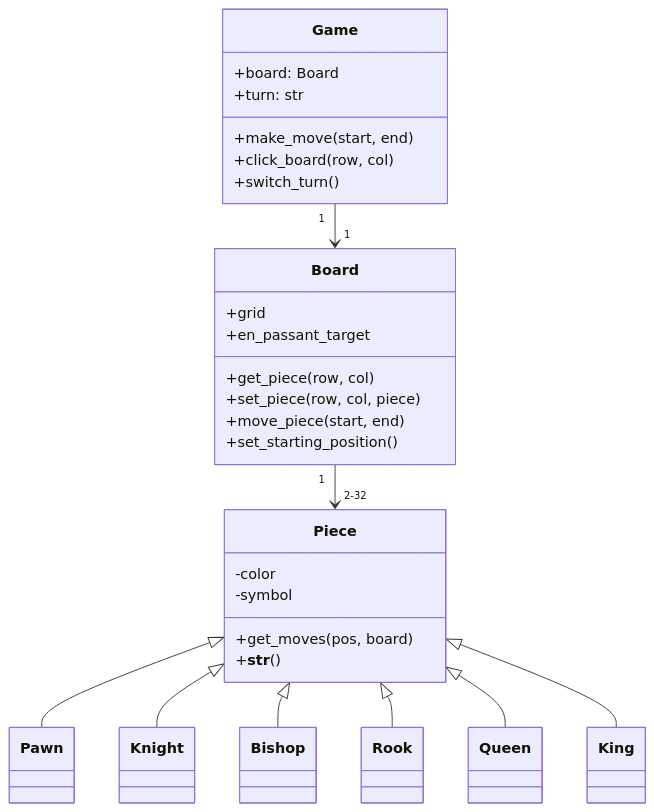
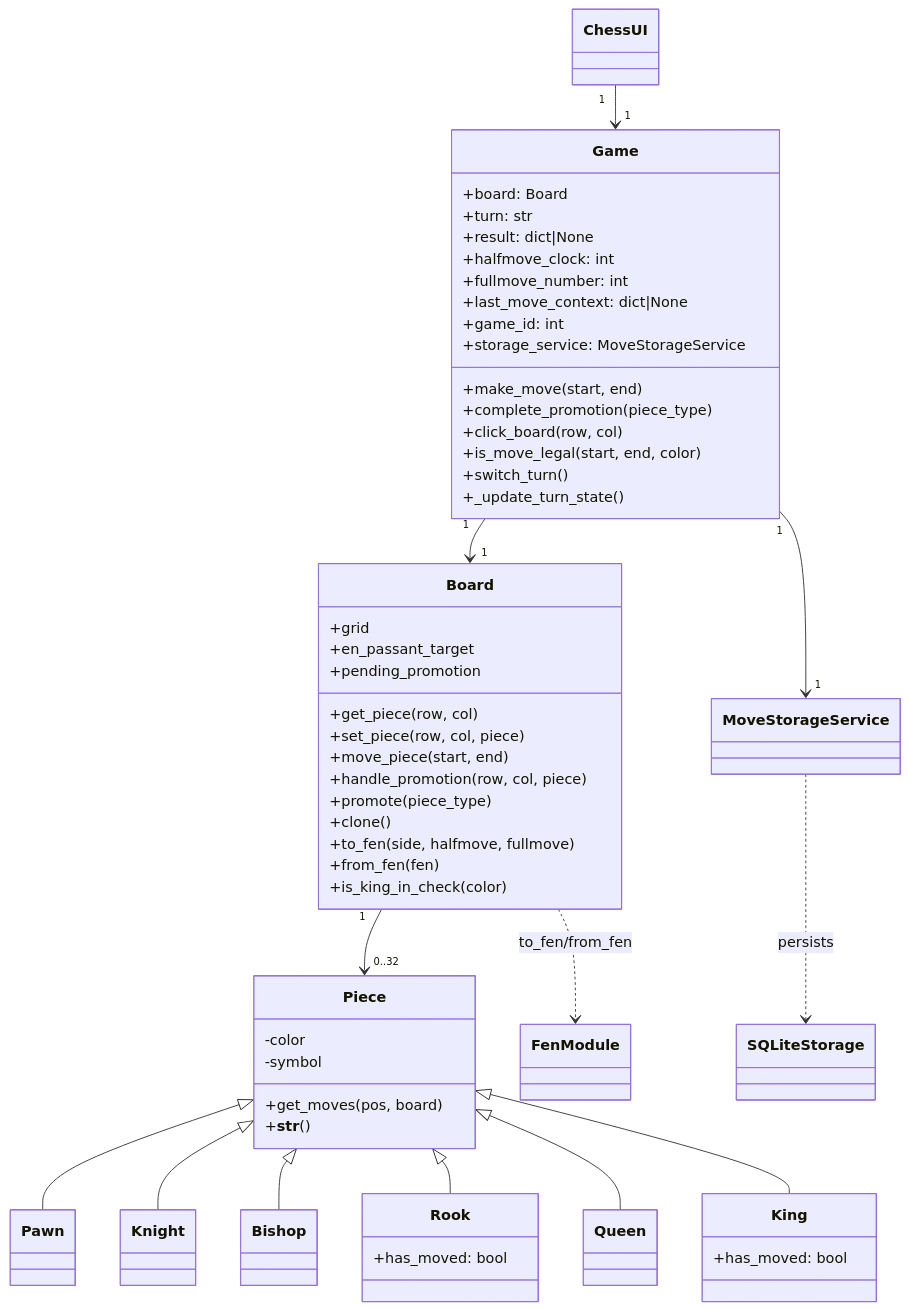
Before and after one commit to aapokoiv/ot-harjoitustyo: the first of 3 diagrams in documentation/architecture.md, drawn with Mermaid. The commit also changed other lines of this file and 15 other files, not shown here.

````diff
--- a/documentation/architecture.md
+++ b/documentation/architecture.md
@@ -6,43 +16,67 @@
 ```mermaid
 classDiagram
+  %% Core relationships
   Game "1" --> "1" Board
-  Board "1" --> "2-32" Piece
+  Game "1" --> "1" MoveStorageService
+  ChessUI "1" --> "1" Game
+  Board "1" --> "0..32" Piece
+  Board ..> FenModule : to_fen/from_fen
+  MoveStorageService ..> SQLiteStorage : persists
 
   class Game {
     +board: Board
     +turn: str
+    +result: dict|None
+    +halfmove_clock: int
+    +fullmove_number: int
+    +last_move_context: dict|None
+    +game_id: int
+    +storage_service: MoveStorageService
     +make_move(start, end)
+    +complete_promotion(piece_type)
     +click_board(row, col)
+    +is_move_legal(start, end, color)
     +switch_turn()
+    +_update_turn_state()
   }
 
   class Board {
     +grid
     +en_passant_target
+    +pending_promotion
     +get_piece(row, col)
     +set_piece(row, col, piece)
     +move_piece(start, end)
-    +set_starting_position()
+    +handle_promotion(row, col, piece)
+    +promote(piece_type)
+    +clone()
+    +to_fen(side, halfmove, fullmove)
+    +from_fen(fen)
+    +is_king_in_check(color)
   }
 
   class Piece {
     -color
     -symbol
     +get_moves(pos, board)
     +__str__()
   }
 
   class Pawn
   class Knight
   class Bishop
-  class Rook
+  class Rook {
+    +has_moved: bool
+  }
   class Queen
-  class King
+  class King {
+    +has_moved: bool
+  }
 
   Piece <|-- Pawn
   Piece <|-- Knight
   Piece <|-- Bishop
   Piece <|-- Rook
   Piece <|-- Queen
   Piece <|-- King
 ```
````
